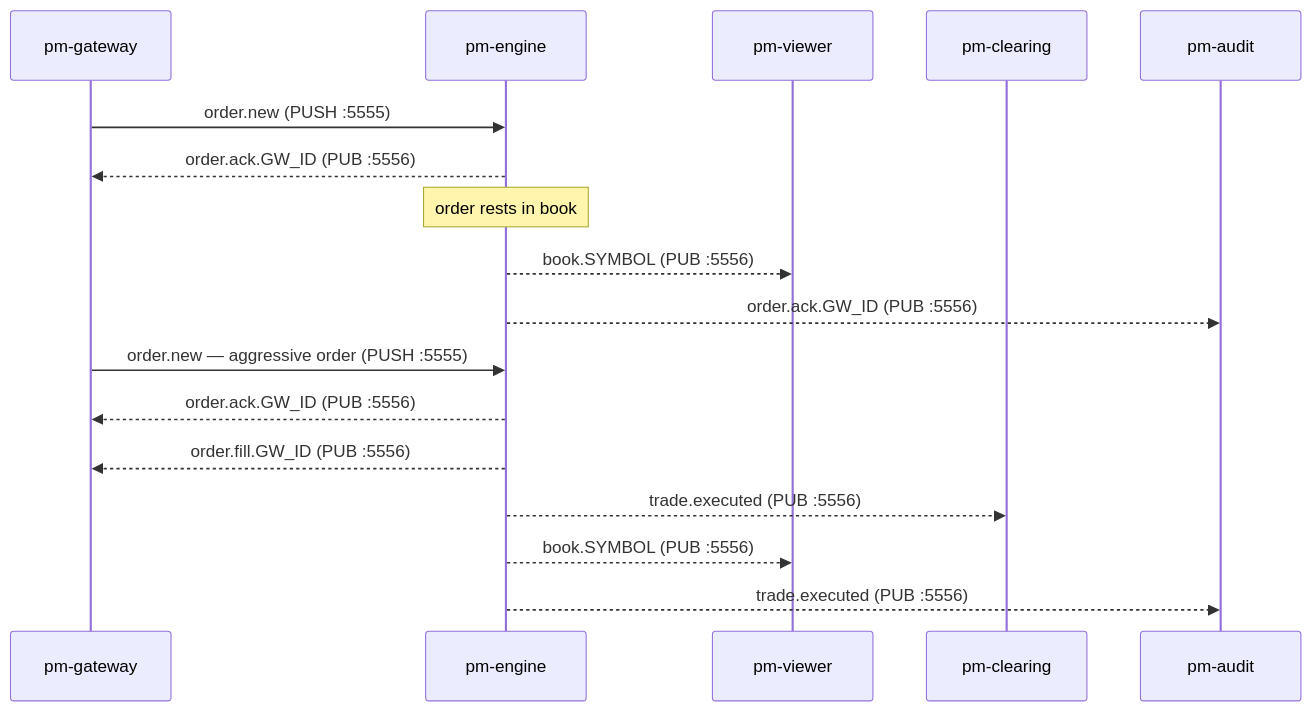
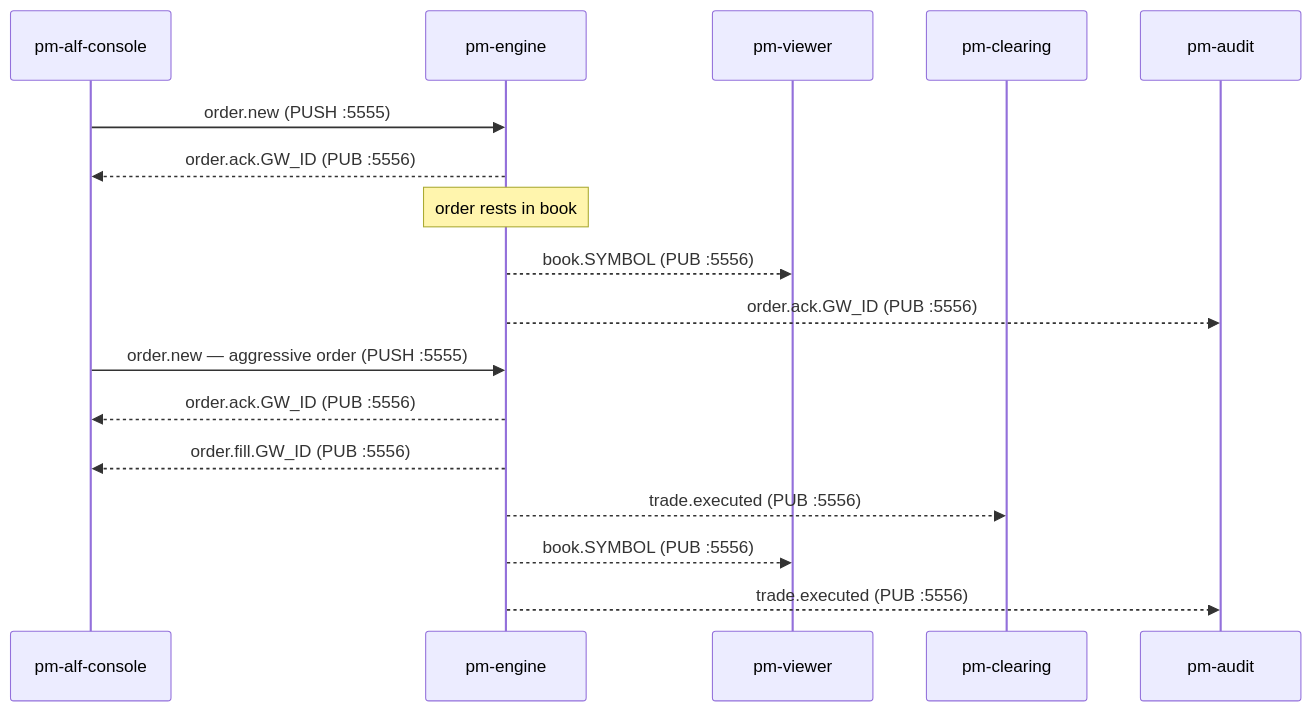
Before and after one commit to johan162/EduMatcher: the second of 2 diagrams in docs/user-guide/10-processes.md, drawn with Mermaid. The commit also changed other lines of this file and 38 other files, not shown here.

````diff
--- a/docs/user-guide/10-processes.md
+++ b/docs/user-guide/10-processes.md
@@ -1635,21 +1635,21 @@
 ```mermaid
 sequenceDiagram
-    participant GW as pm-gateway
+    participant GW as pm-alf-console
     participant ENG as pm-engine
     participant VW as pm-viewer
     participant CLR as pm-clearing
     participant AUD as pm-audit
 
     GW->>ENG: order.new (PUSH :5555)
     ENG-->>GW: order.ack.GW_ID (PUB :5556)
     Note over ENG: order rests in book
     ENG-->>VW: book.SYMBOL (PUB :5556)
     ENG-->>AUD: order.ack.GW_ID (PUB :5556)
 
     GW->>ENG: order.new — aggressive order (PUSH :5555)
     ENG-->>GW: order.ack.GW_ID (PUB :5556)
     ENG-->>GW: order.fill.GW_ID (PUB :5556)
     ENG-->>CLR: trade.executed (PUB :5556)
     ENG-->>VW: book.SYMBOL (PUB :5556)
     ENG-->>AUD: trade.executed (PUB :5556)
 ```
````
